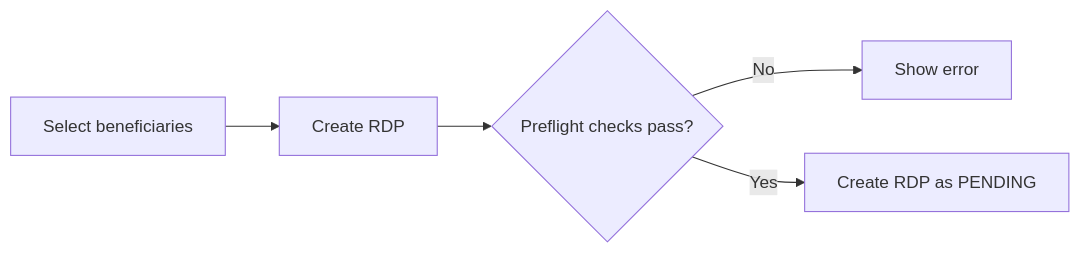
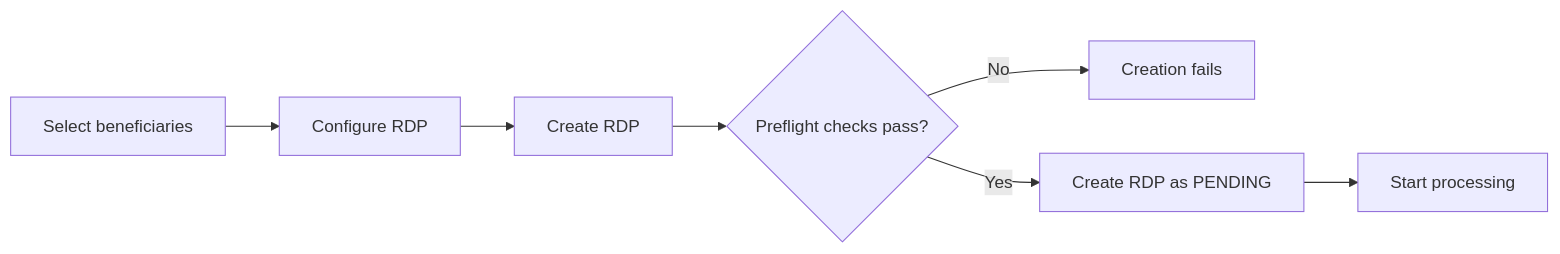
One commit to unicef/hope-country-workspace changed the diagram in docs/src/rdp/create.md. Above: the diagram before and after it, drawn with Mermaid. The commit also changed other lines of this file and 131 other files, not shown here.

Commit message:
Add RDP biometric review flow and generic operations (#467)

````diff
--- a/docs/src/rdp/create.md
+++ b/docs/src/rdp/create.md
@@ -30,8 +43,10 @@
 ```mermaid
 flowchart LR
     A[Select beneficiaries]
-        --> B[Create RDP]
-        --> C{Preflight checks pass?}
-    C -->|No| D[Show error]
-    C -->|Yes| E[Create RDP as PENDING]
+        --> B[Configure RDP]
+        --> C[Create RDP]
+        --> D{Preflight checks pass?}
+    D -->|No| E[Creation fails]
+    D -->|Yes| F[Create RDP as PENDING]
+    F --> G[Start processing]
 ```
````
